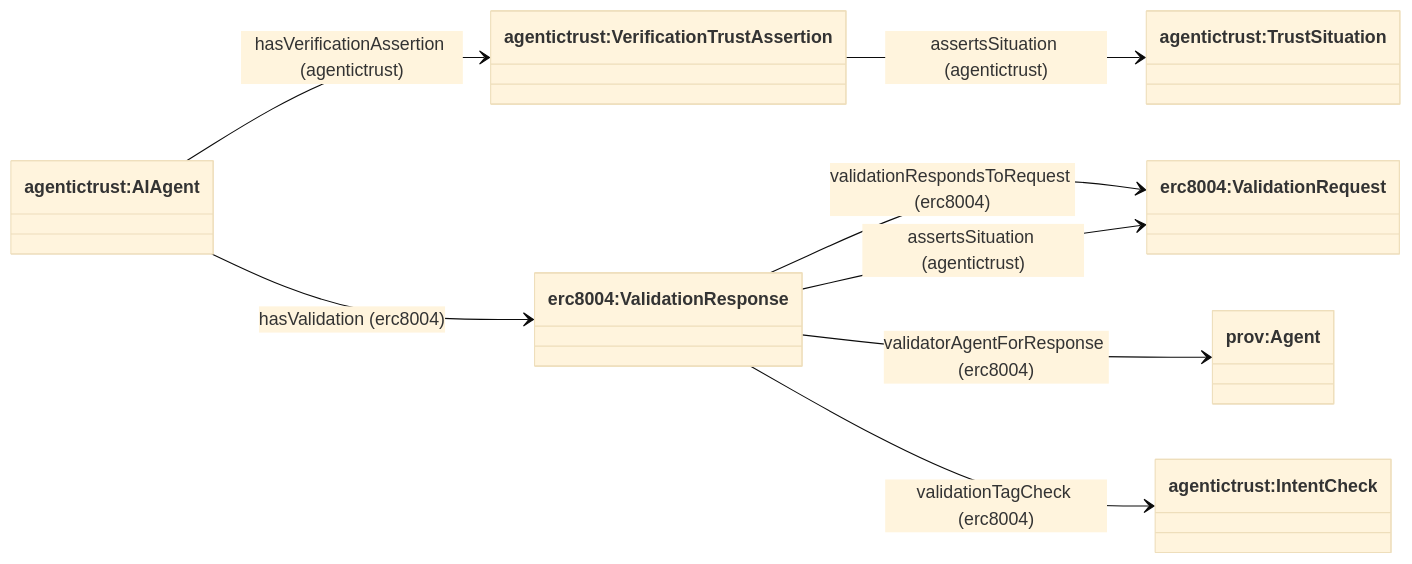
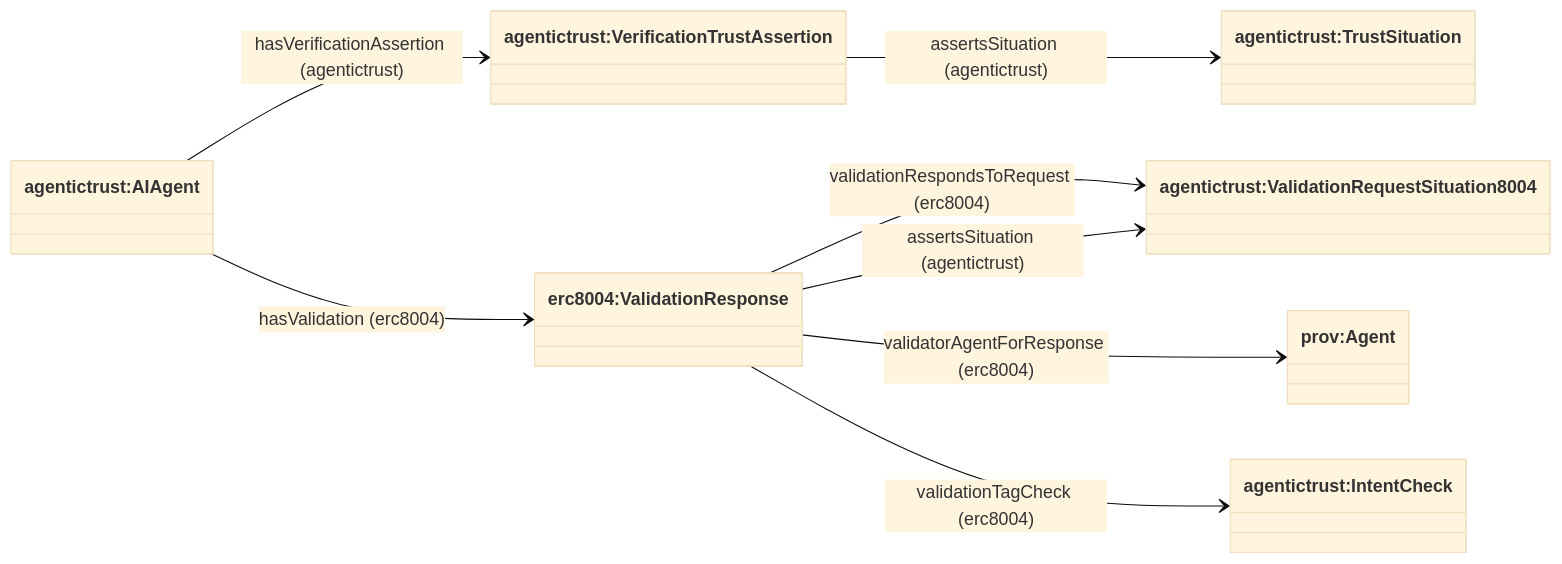
Before and after one commit to Agentic-Trust-Layer/agent-explorer: the second of 2 diagrams in docs/ontology/verificationassertion.md, drawn with Mermaid (base theme). The commit also changed other lines of this file and 16 other files, not shown here.

````diff
--- a/docs/ontology/verificationassertion.md
+++ b/docs/ontology/verificationassertion.md
@@ -29,22 +29,22 @@
 ```mermaid
 classDiagram
 direction LR
 
 class AIAgent["agentictrust:AIAgent"]
 class VerificationAssertion["agentictrust:VerificationTrustAssertion"]
 class ValidationResponse["erc8004:ValidationResponse"]
-class ValidationRequest["erc8004:ValidationRequest"]
+class ValidationRequest["agentictrust:ValidationRequestSituation8004"]
 class TrustSituation["agentictrust:TrustSituation"]
 class IntentCheck["agentictrust:IntentCheck"]
 class provAgent["prov:Agent"]
 
 AIAgent --> VerificationAssertion : hasVerificationAssertion (agentictrust)
 AIAgent --> ValidationResponse : hasValidation (erc8004)
 
 ValidationResponse --> ValidationRequest : validationRespondsToRequest (erc8004)
 ValidationResponse --> provAgent : validatorAgentForResponse (erc8004)
 ValidationResponse --> IntentCheck : validationTagCheck (erc8004)
 
 VerificationAssertion --> TrustSituation : assertsSituation (agentictrust)
 ValidationResponse --> ValidationRequest : assertsSituation (agentictrust)
 ```
````
